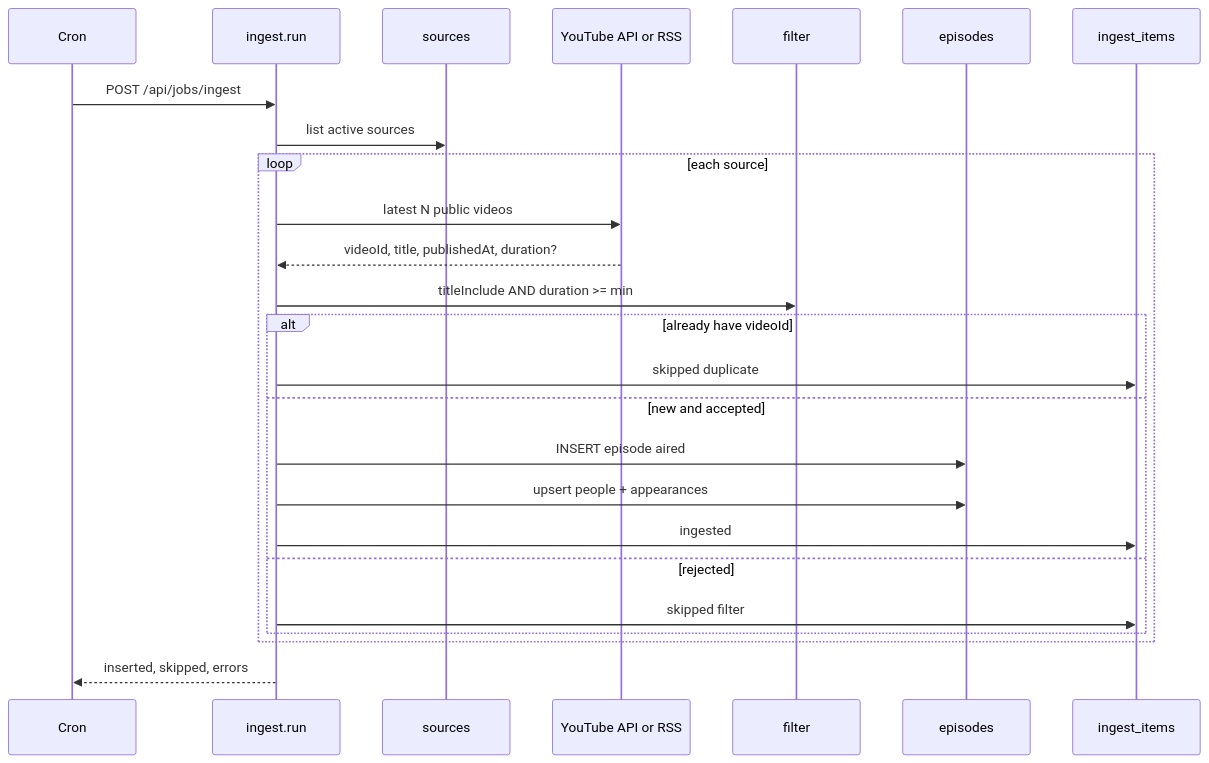
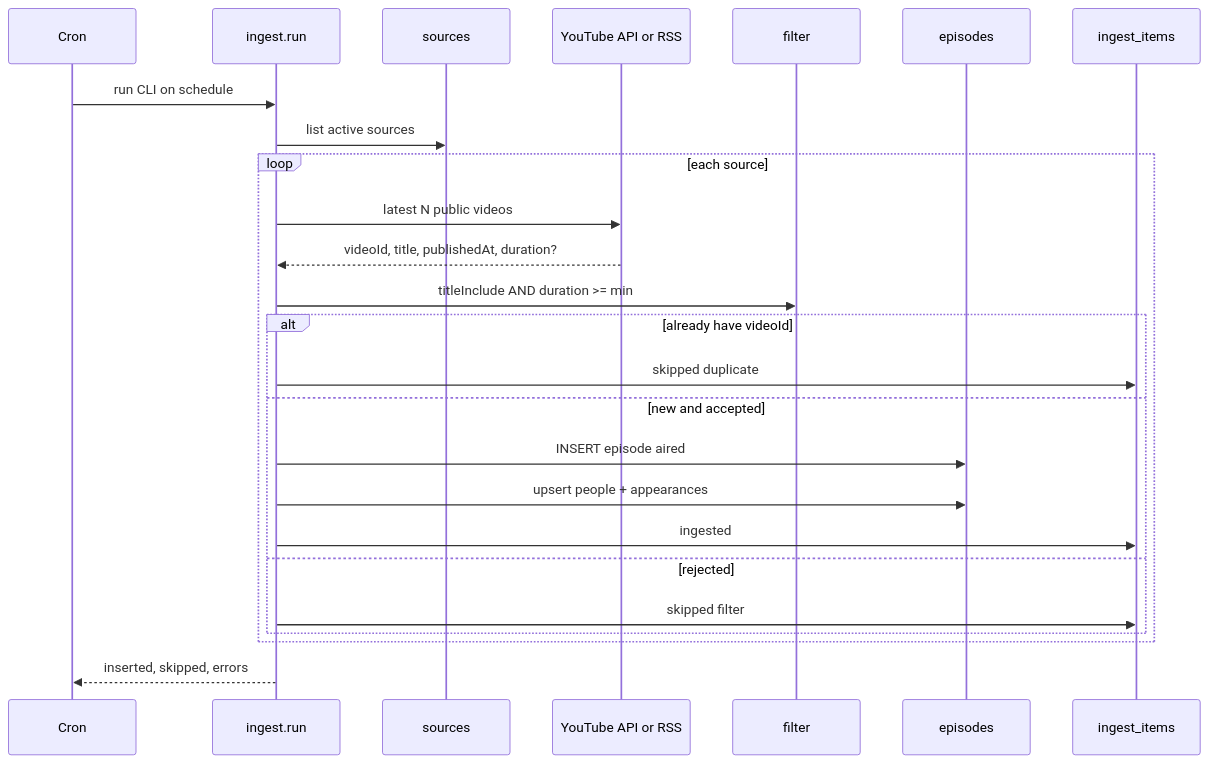
One commit to laraib-labs/panel-club changed the second of 2 diagrams in docs/design/platform/architecture.md. Above: the diagram before and after it, drawn with Mermaid. The commit also changed other lines of this file and 12 other files, not shown here.

````diff
--- a/docs/design/platform/architecture.md
+++ b/docs/design/platform/architecture.md
@@ -129,28 +128,28 @@
 ```mermaid
 sequenceDiagram
   participant Cron
   participant Job as ingest.run
   participant Src as sources
   participant YT as YouTube API or RSS
   participant F as filter
   participant DB as episodes
   participant Audit as ingest_items
 
-  Cron->>Job: POST /api/jobs/ingest
+  Cron->>Job: run CLI on schedule
   Job->>Src: list active sources
   loop each source
     Job->>YT: latest N public videos
     YT-->>Job: videoId, title, publishedAt, duration?
     Job->>F: titleInclude AND duration >= min
     alt already have videoId
       Job->>Audit: skipped duplicate
     else new and accepted
       Job->>DB: INSERT episode aired
       Job->>DB: upsert people + appearances
       Job->>Audit: ingested
     else rejected
       Job->>Audit: skipped filter
     end
   end
   Job-->>Cron: inserted, skipped, errors
 ```
````
